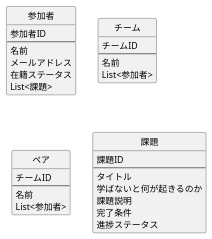
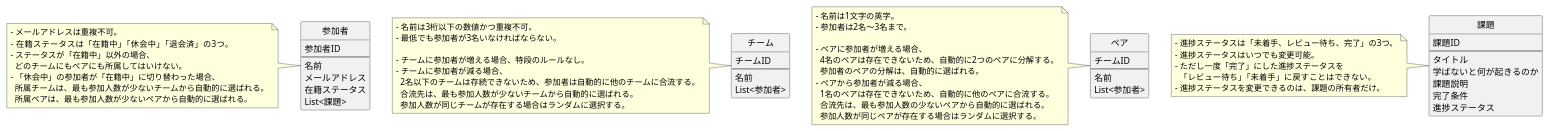
The diagram in 36/modeling/domain-model.wsd (kooooichi24/praha-challenge-pair-1a), drawn with PlantUML before and after one commit. The commit also changed 1 other file, not shown here.

```diff
--- a/36/modeling/domain-model.wsd
+++ b/36/modeling/domain-model.wsd
@@ -1,40 +1,78 @@
 @startuml domain-model
 
 ' hide the spot
 hide circle
 
 entity 参加者 {
   参加者ID
   --
   名前
   メールアドレス
   在籍ステータス
   List<課題>
 }
+note left
+- メールアドレスは重複不可。
+- 在籍ステータスは「在籍中」「休会中」「退会済」の3つ。
+- ステータスが「在籍中」以外の場合、
+  どのチームにもペアにも所属してはいけない。
+- 「休会中」の参加者が「在籍中」に切り替わった場合、
+  所属チームは、最も参加人数が少ないチームから自動的に選ばれる。
+  所属ペアは、最も参加人数が少ないペアから自動的に選ばれる。
+end note
 
 entity チーム {
   チームID
   --
   名前
   List<参加者>
 }
+note left
+- 名前は3桁以下の数値かつ重複不可。
+- 最低でも参加者が3名いなければならない。
+
+- チームに参加者が増える場合、特段のルールなし。
+- チームに参加者が減る場合、
+  2名以下のチームは存続できないため、参加者は自動的に他のチームに合流する。
+  合流先は、最も参加人数が少ないチームから自動的に選ばれる。
+  参加人数が同じチームが存在する場合はランダムに選択する。
+end note
+
 
 entity ペア {
   チームID
   --
   名前
   List<参加者>
 }
+note left
+- 名前は1文字の英字。
+- 参加者は2名〜3名まで。
+
+- ペアに参加者が増える場合、
+  4名のペアは存在できないため、自動的に2つのペアに分解する。
+  参加者のペアの分解は、自動的に選ばれる。
+- ペアから参加者が減る場合、
+  1名のペアは存在できないため、自動的に他のペアに合流する。
+  合流先は、最も参加人数の少ないペアから自動的に選ばれる。
+  参加人数が同じペアが存在する場合はランダムに選択する。
+end note
 
 entity 課題 {
   課題ID
   --
   タイトル
   学ばないと何が起きるのか
   課題説明
   完了条件
   進捗ステータス
 }
-
+note left
+- 進捗ステータスは「未着手、レビュー待ち、完了」の3つ。
+- 進捗ステータスはいつでも変更可能。
+- ただし一度「完了」にした進捗ステータスを
+  「レビュー待ち」「未着手」に戻すことはできない。
+- 進捗ステータスを変更できるのは、課題の所有者だけ。
+end note
 
 @enduml
```
